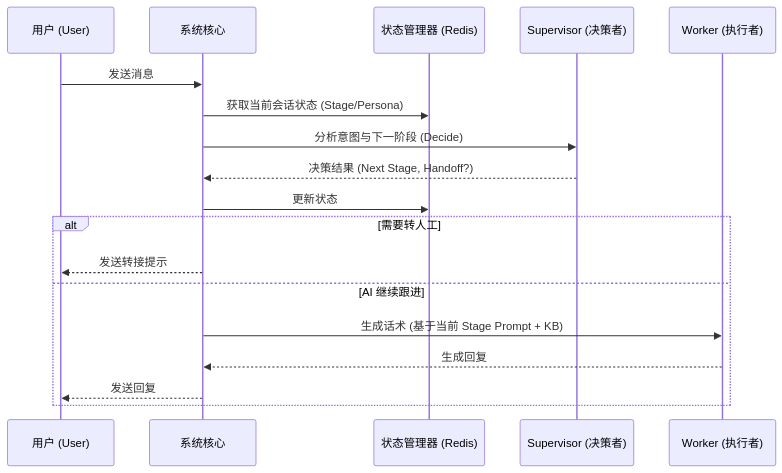
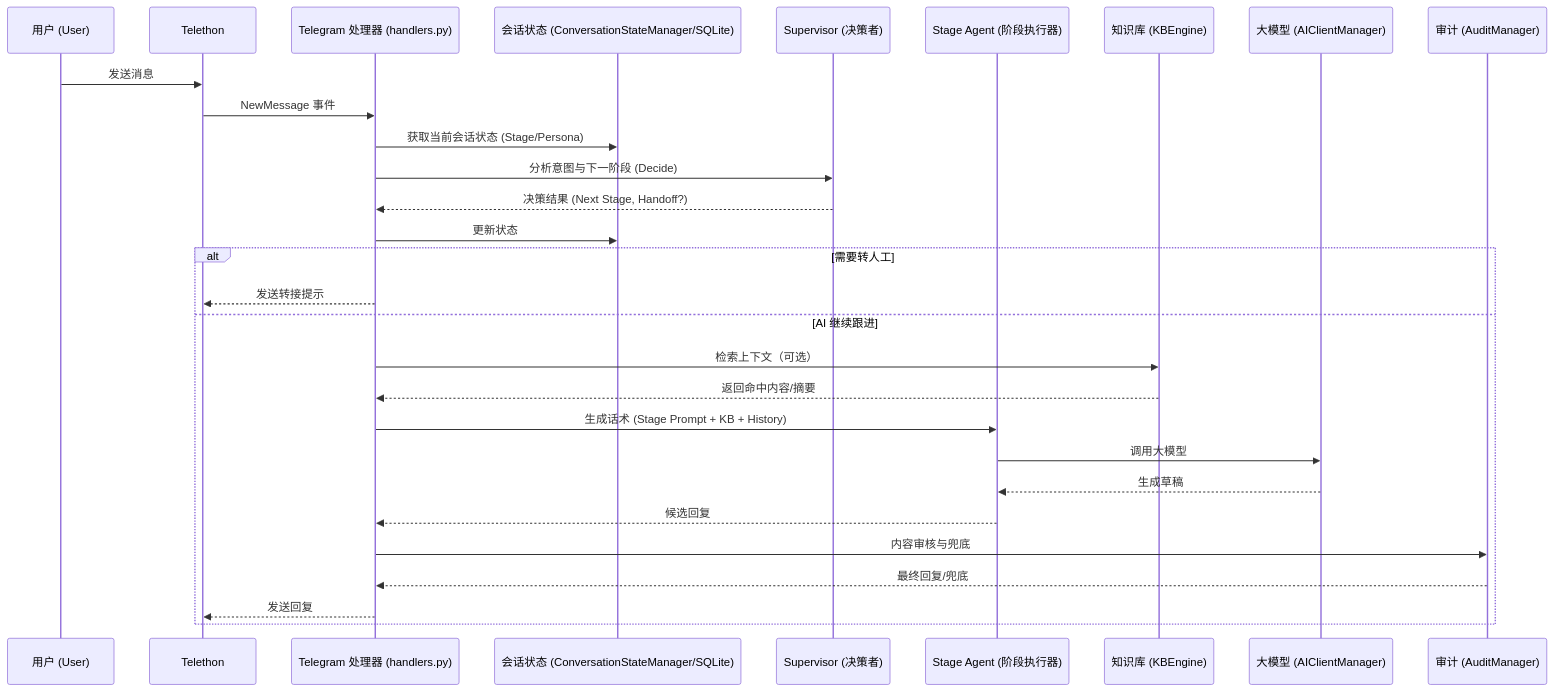
The fourth of 4 diagrams in releases/v2.5.0/docs/help_center/v1.0/zh_CN/Telegram_AI_机器人技术白皮书.md (hverlott/AI----agent), drawn with Mermaid before and after one commit. The commit also changed other lines of this file and 25 other files, not shown here.

````diff
--- a/releases/v2.5.0/docs/help_center/v1.0/zh_CN/Telegram_AI_机器人技术白皮书.md
+++ b/releases/v2.5.0/docs/help_center/v1.0/zh_CN/Telegram_AI_机器人技术白皮书.md
@@ -132,24 +149,35 @@
 ```mermaid
 sequenceDiagram
     participant U as 用户 (User)
-    participant SYS as 系统核心
-    participant STATE as 状态管理器 (Redis)
+    participant TG as Telethon
+    participant H as Telegram 处理器 (handlers.py)
+    participant STATE as 会话状态 (ConversationStateManager/SQLite)
     participant SUP as Supervisor (决策者)
-    participant WORK as Worker (执行者)
+    participant STAGE as Stage Agent (阶段执行器)
+    participant KB as 知识库 (KBEngine)
+    participant AI as 大模型 (AIClientManager)
+    participant AUD as 审计 (AuditManager)
 
-    U->>SYS: 发送消息
-    SYS->>STATE: 获取当前会话状态 (Stage/Persona)
+    U->>TG: 发送消息
+    TG->>H: NewMessage 事件
+    H->>STATE: 获取当前会话状态 (Stage/Persona)
     
-    SYS->>SUP: 分析意图与下一阶段 (Decide)
-    SUP-->>SYS: 决策结果 (Next Stage, Handoff?)
+    H->>SUP: 分析意图与下一阶段 (Decide)
+    SUP-->>H: 决策结果 (Next Stage, Handoff?)
     
-    SYS->>STATE: 更新状态
+    H->>STATE: 更新状态
     
     alt 需要转人工
-        SYS-->>U: 发送转接提示
+        H-->>TG: 发送转接提示
     else AI 继续跟进
-        SYS->>WORK: 生成话术 (基于当前 Stage Prompt + KB)
-        WORK-->>SYS: 生成回复
-        SYS-->>U: 发送回复
+        H->>KB: 检索上下文（可选）
+        KB-->>H: 返回命中内容/摘要
+        H->>STAGE: 生成话术 (Stage Prompt + KB + History)
+        STAGE->>AI: 调用大模型
+        AI-->>STAGE: 生成草稿
+        STAGE-->>H: 候选回复
+        H->>AUD: 内容审核与兜底
+        AUD-->>H: 最终回复/兜底
+        H-->>TG: 发送回复
     end
 ```
````
